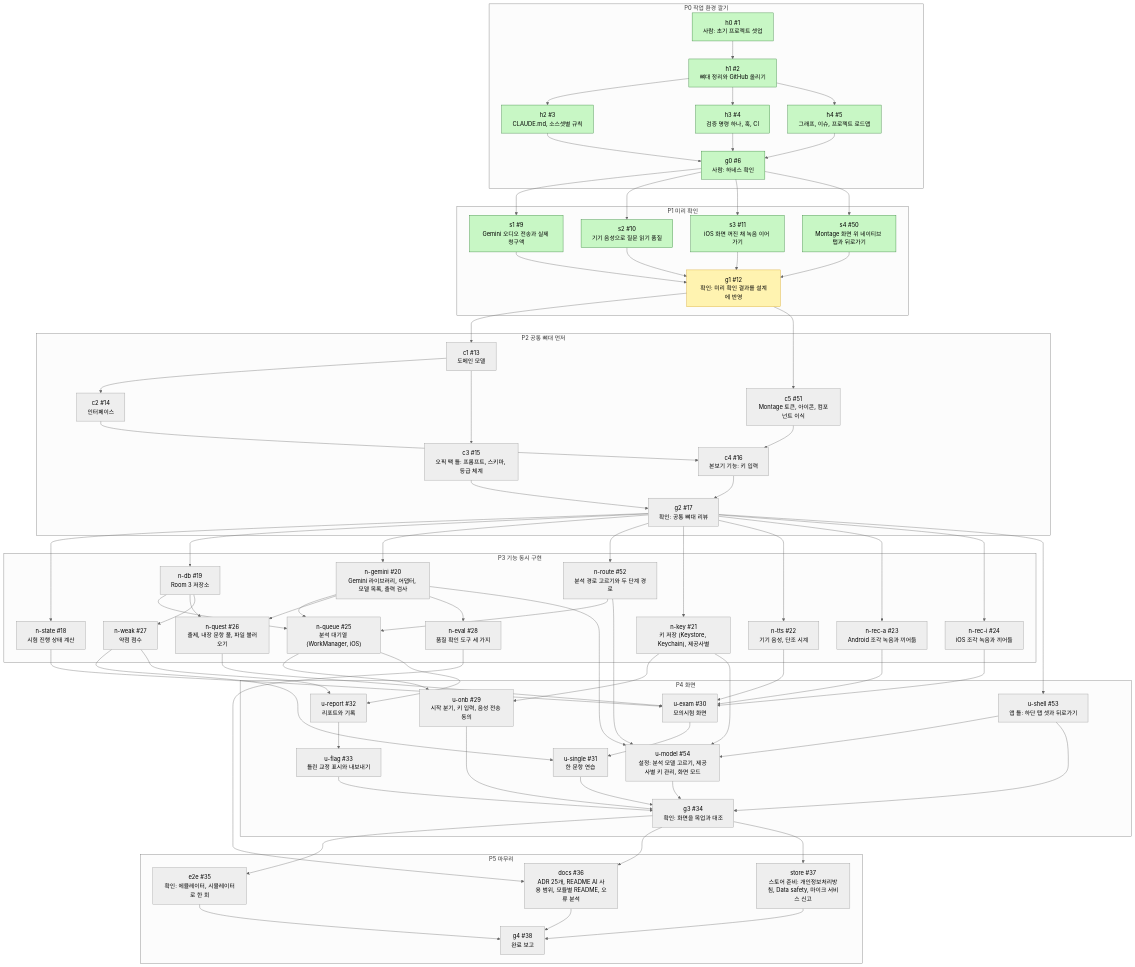
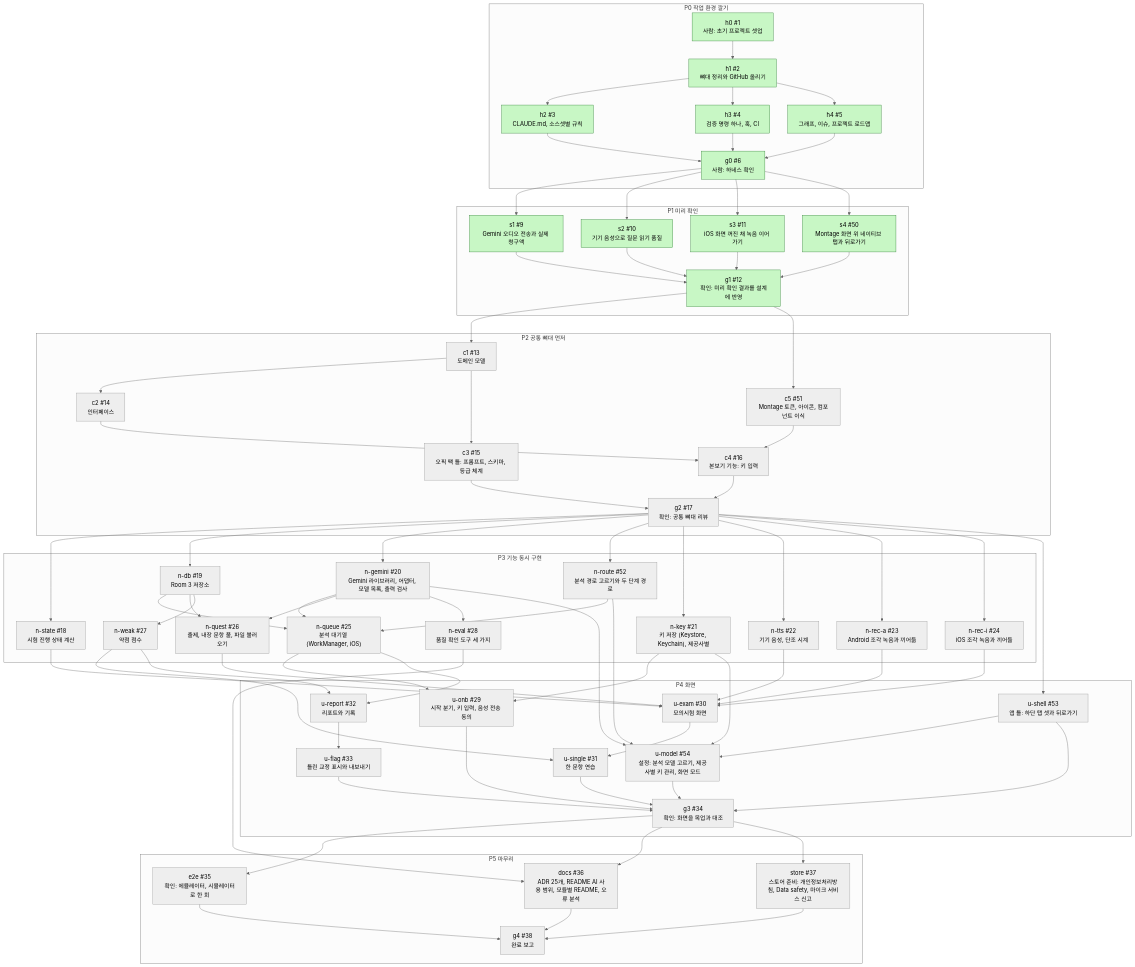
One commit to nosorae/AiOpicSelfStudy changed the first of 2 diagrams in docs/graph/dev-graph.md. Above: the diagram before and after it, drawn with Mermaid (neutral theme). The commit also changed other lines of this file and 1 other file, not shown here.

Commit message:
[g1] 그래프 상태를 done 으로 바꿨다

````diff
--- a/docs/graph/dev-graph.md
+++ b/docs/graph/dev-graph.md
@@ -129,8 +129,7 @@
   classDef todo fill:#eeeeee,stroke:#999999,color:#000
   class c1,c2,c3,c5,c4,g2,n_state,n_db,n_gemini,n_route,n_key,n_tts,n_rec_a,n_rec_i,n_queue,n_quest,n_weak,n_eval,u_onb,u_shell,u_exam,u_single,u_report,u_flag,u_model,g3,e2e,docs,store,g4 todo
   classDef doing fill:#fff3b0,stroke:#d4a017,color:#000
-  class g1 doing
   classDef done fill:#c8f7c5,stroke:#2e7d32,color:#000
-  class h0,h1,h2,h3,h4,g0,s1,s2,s3,s4 done
+  class h0,h1,h2,h3,h4,g0,s1,s2,s3,s4,g1 done
   classDef blocked fill:#ffcdd2,stroke:#c62828,color:#000
 ```
````
